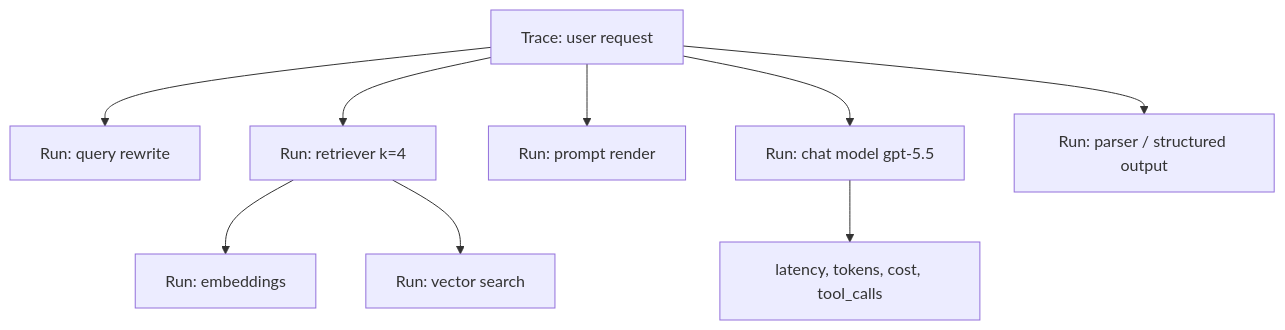
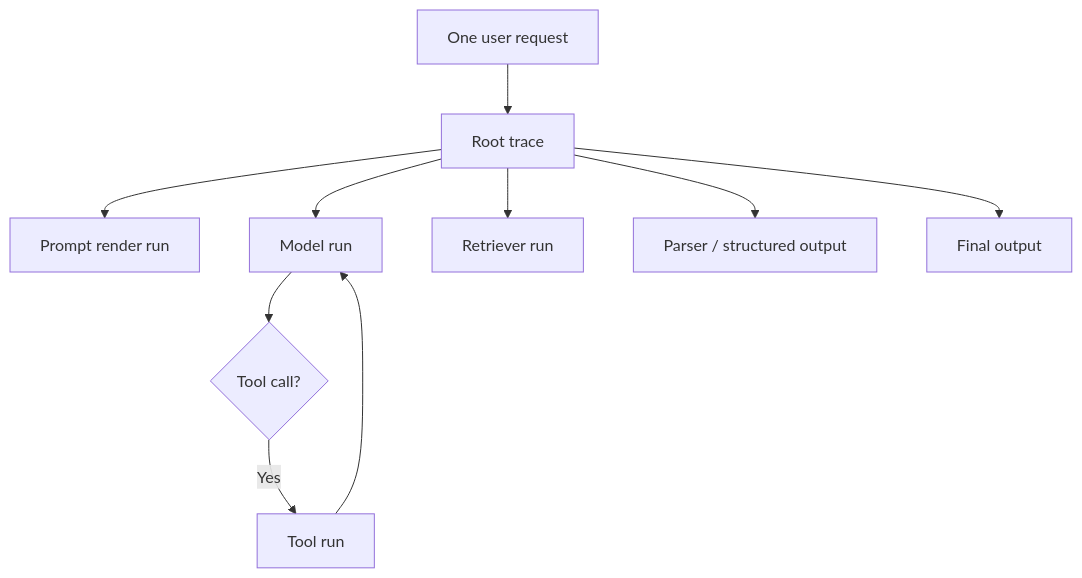
One commit to MakCoder-2004/AI-Engineering-Sheet changed the second of 6 diagrams in 07.LangChain_Ecosystem/LangSmith/LangSmith.md. Above: the diagram before and after it, drawn with Mermaid. The commit also changed other lines of this file and 4 other files, not shown here.

````diff
--- a/07.LangChain_Ecosystem/LangSmith/LangSmith.md
+++ b/07.LangChain_Ecosystem/LangSmith/LangSmith.md
@@ -40,11 +106,12 @@
 ```mermaid
 flowchart TB
-    T[Trace: user request] --> R1[Run: query rewrite]
-    T --> R2[Run: retriever k=4]
-    R2 --> R2a[Run: embeddings]
-    R2 --> R2b[Run: vector search]
-    T --> R3[Run: prompt render]
-    T --> R4[Run: chat model gpt-5.5]
-    T --> R5[Run: parser / structured output]
-    R4 --> M[latency, tokens, cost, tool_calls]
+    R[One user request] --> Q[Root trace]
+    Q --> P[Prompt render run]
+    Q --> M[Model run]
+    M --> TC{Tool call?}
+    TC -->|Yes| T[Tool run]
+    T --> M
+    Q --> RET[Retriever run]
+    Q --> PARSE[Parser / structured output]
+    Q --> OUT[Final output]
 ```
````
